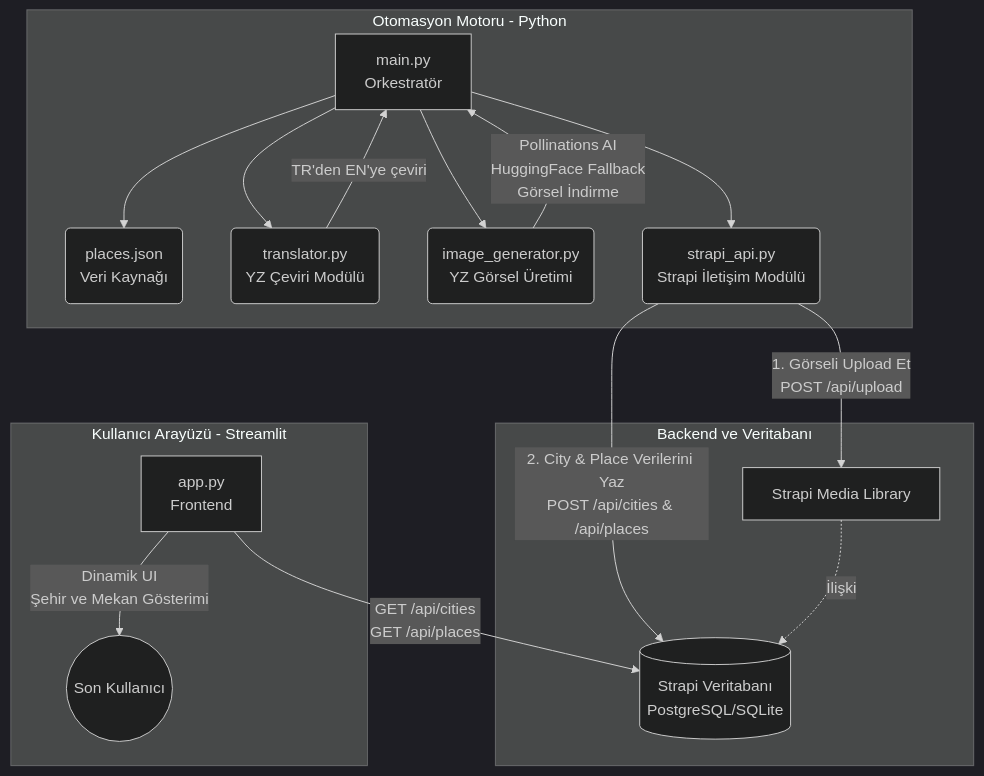
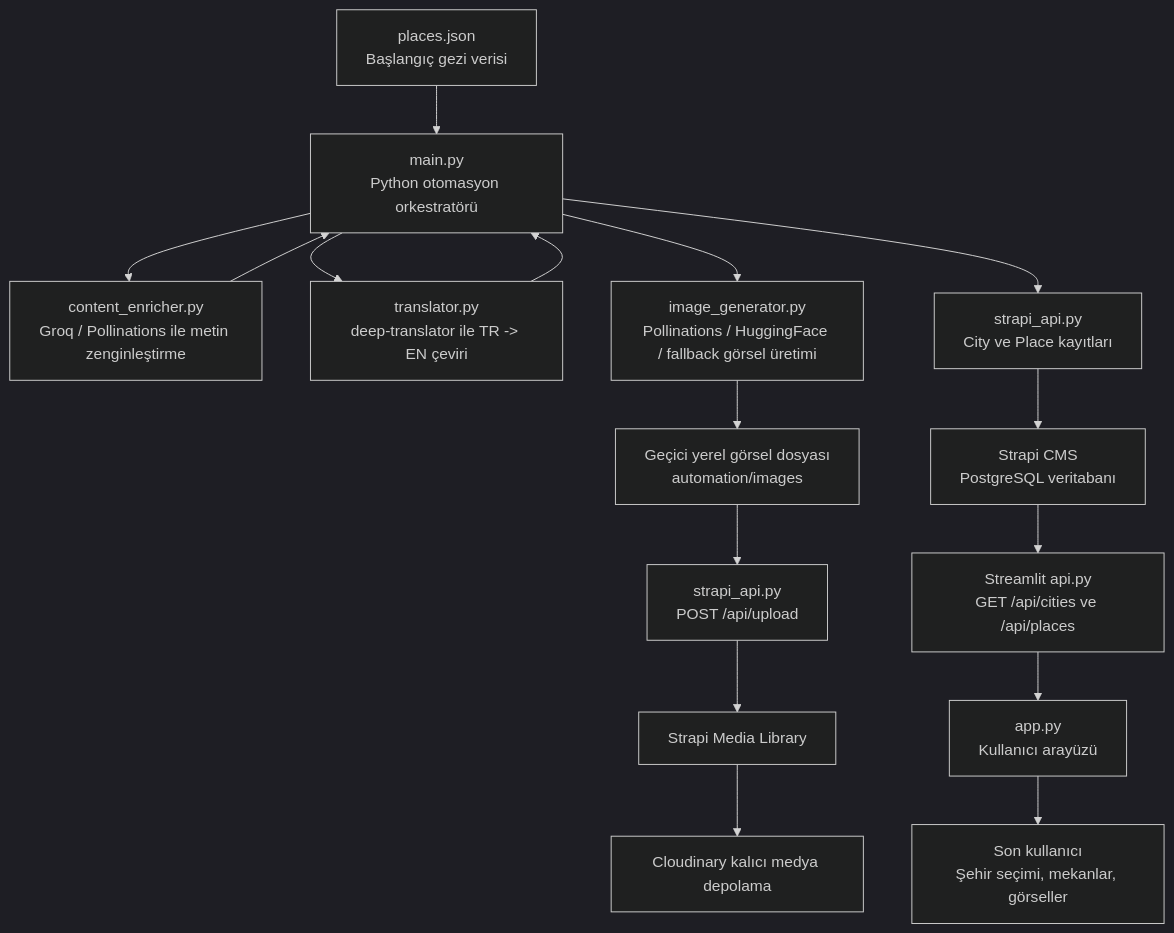
One commit to kadir5216/ai-travel-guide changed the diagram in final_report.md. Above: the diagram before and after it, drawn with Mermaid (dark theme). The commit also changed other lines of this file and 4 other files, not shown here.

````diff
--- a/final_report.md
+++ b/final_report.md
@@ -5,22 +66,18 @@
 ```mermaid
-graph TD
-    subgraph Otomasyon Motoru - Python
-        A["main.py<br>Orkestratör"] --> B("places.json<br>Veri Kaynağı")
-        A --> C("translator.py<br>YZ Çeviri Modülü")
-        A --> D("image_generator.py<br>YZ Görsel Üretimi")
-        C -- "TR'den EN'ye çeviri" --> A
-        D -- "Pollinations AI<br>HuggingFace Fallback<br>Görsel İndirme" --> A
-        A --> E("strapi_api.py<br>Strapi İletişim Modülü")
-    end
-
-    subgraph Backend ve Veritabanı
-        E -- "1. Görseli Upload Et<br>POST /api/upload" --> F["Strapi Media Library"]
-        E -- "2. City & Place Verilerini Yaz<br>POST /api/cities & /api/places" --> G[("Strapi Veritabanı<br>PostgreSQL/SQLite")]
-        F -. "İlişki" .-> G
-    end
-
-    subgraph Kullanıcı Arayüzü - Streamlit
-        H["app.py<br>Frontend"] -- "GET /api/cities<br>GET /api/places" --> G
-        H -- "Dinamik UI<br>Şehir ve Mekan Gösterimi" --> I(("Son Kullanıcı"))
-    end
+flowchart TD
+    A["places.json<br/>Başlangıç gezi verisi"] --> B["main.py<br/>Python otomasyon orkestratörü"]
+    B --> C["content_enricher.py<br/>Groq / Pollinations ile metin zenginleştirme"]
+    B --> D["translator.py<br/>deep-translator ile TR -> EN çeviri"]
+    B --> E["image_generator.py<br/>Pollinations / HuggingFace / fallback görsel üretimi"]
+    C --> B
+    D --> B
+    E --> F["Geçici yerel görsel dosyası<br/>automation/images"]
+    F --> G["strapi_api.py<br/>POST /api/upload"]
+    B --> H["strapi_api.py<br/>City ve Place kayıtları"]
+    G --> I["Strapi Media Library"]
+    I --> J["Cloudinary kalıcı medya depolama"]
+    H --> K["Strapi CMS<br/>PostgreSQL veritabanı"]
+    K --> L["Streamlit api.py<br/>GET /api/cities ve /api/places"]
+    L --> M["app.py<br/>Kullanıcı arayüzü"]
+    M --> N["Son kullanıcı<br/>Şehir seçimi, mekanlar, görseller"]
 ```
````
